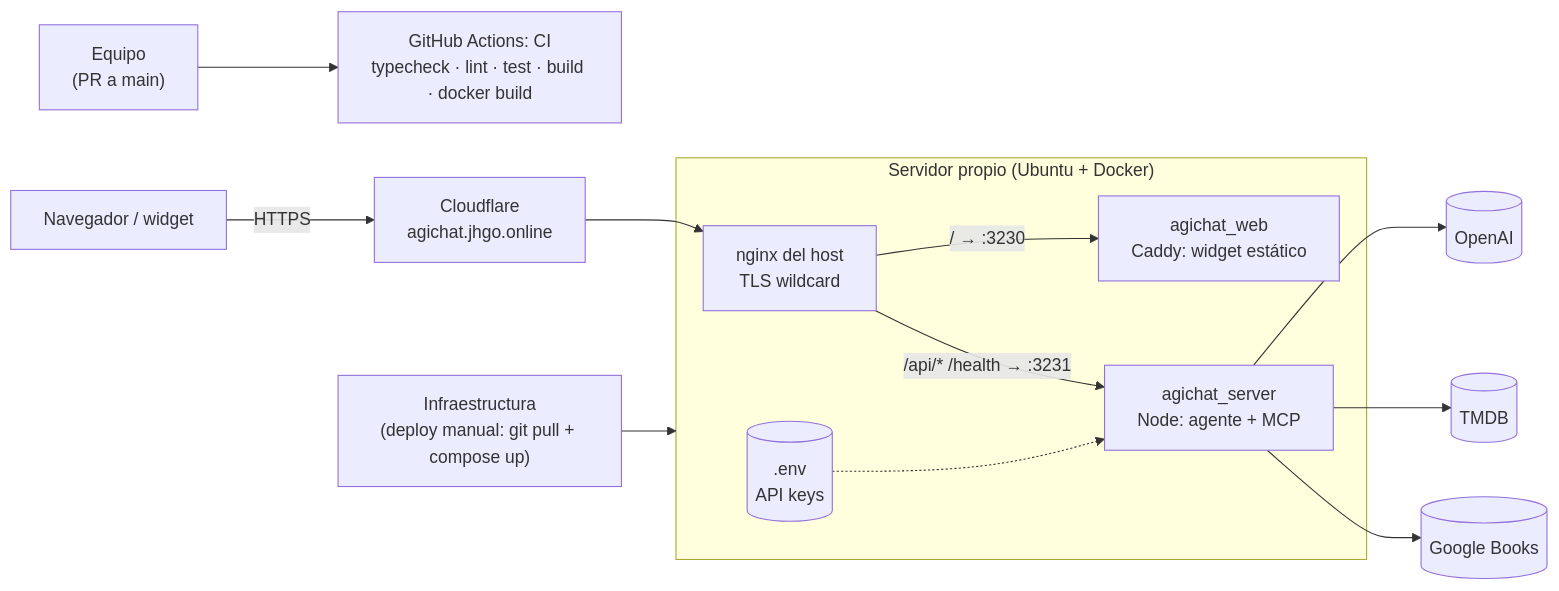
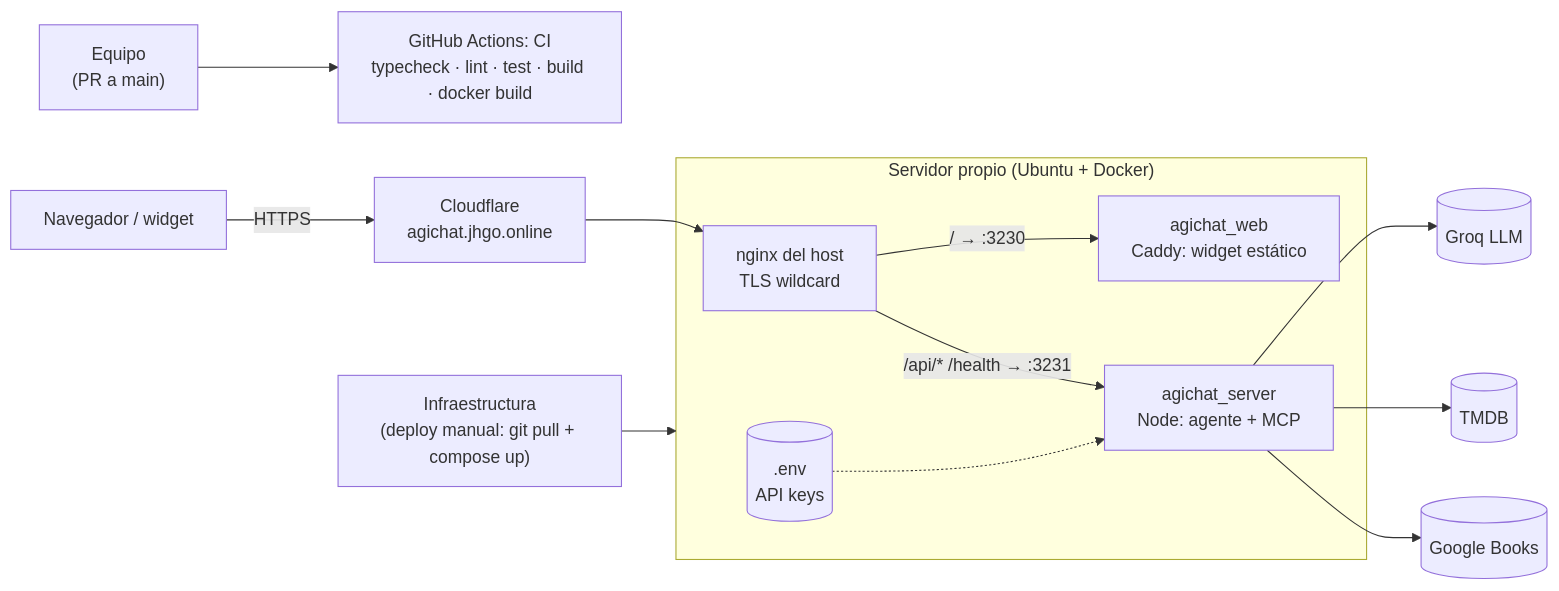
One commit to her24770/ai_engineering-proyecto-1 changed the diagram in docs/INFRAESTRUCTURA.md. Above: the diagram before and after it, drawn with Mermaid. The commit also changed other lines of this file and 15 other files, not shown here.

First line of the commit message:
refactor(agent): usar variables LLM_* con Groq por defecto y reintentos

````diff
--- a/docs/INFRAESTRUCTURA.md
+++ b/docs/INFRAESTRUCTURA.md
@@ -7,18 +7,18 @@
 ```mermaid
 flowchart LR
     Dev["Equipo<br/>(PR a main)"] --> CI["GitHub Actions: CI<br/>typecheck · lint · test · build · docker build"]
     Infra["Infraestructura<br/>(deploy manual: git pull + compose up)"] --> VPS
 
     Browser["Navegador / widget"] -->|HTTPS| CF["Cloudflare<br/>agichat.jhgo.online"]
     CF --> Nginx
 
     subgraph VPS["Servidor propio (Ubuntu + Docker)"]
         Nginx["nginx del host<br/>TLS wildcard"] -->|"/  → :3230"| Web["agichat_web<br/>Caddy: widget estático"]
         Nginx -->|"/api/* /health → :3231"| Server["agichat_server<br/>Node: agente + MCP"]
         Env[(".env<br/>API keys")] -.-> Server
     end
 
-    Server --> OpenAI[(OpenAI)]
+    Server --> LLM[(Groq LLM)]
     Server --> TMDB[(TMDB)]
     Server --> Books[(Google Books)]
 ```
````
